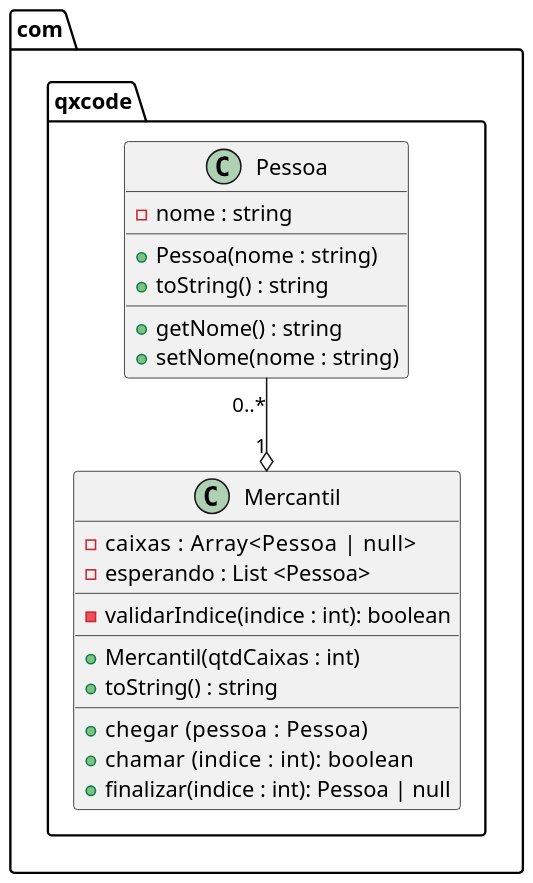
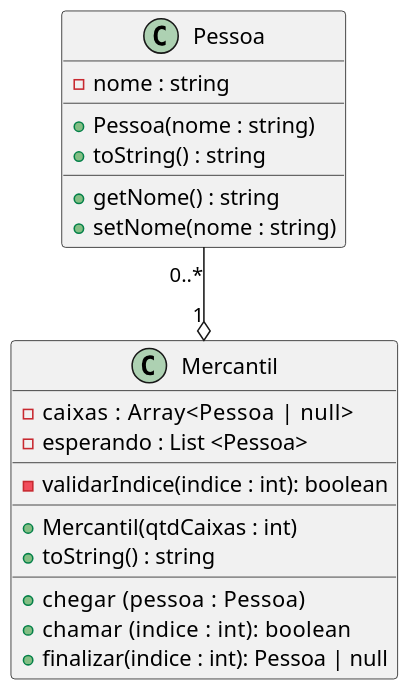
One commit to qxcodepoo/arcade changed the diagram in base/037/diagrama.puml. Above: the diagram before and after it, drawn with PlantUML. The commit also changed other lines of this file and 16 other files, not shown here.

```diff
--- a/base/037/diagrama.puml
+++ b/base/037/diagrama.puml
@@ -1,32 +2,59 @@
-@startuml diagrama
+@startuml
 
 skinparam defaultFontName Hasklig
 skinparam dpi 150
 
-package com.qxcode {
-  class Pessoa {
-    - nome : string
-    __
-    + Pessoa(nome : string)
-    + toString() : string
-    __
-    + getNome() : string
-    + setNome(nome : string)
-  }
+'==
+class Pessoa {
+  - nome : string
+  __
+  + Pessoa(nome : string)
+  + toString() : string
+  __
+  + getNome() : string
+  + setNome(nome : string)
+}
 
-  class Mercantil {
-    - caixas    : Array<Pessoa | null>
-    - esperando : List <Pessoa>
-    __
-    - validarIndice(indice : int): boolean
-    __
-    + Mercantil(qtdCaixas : int)
-    + toString() : string
-    __
-    + chegar   (pessoa : Pessoa)
-    + chamar   (indice : int): boolean
-    + finalizar(indice : int): Pessoa | null
-  }
+class Mercantil {
+  '
+  ' se estiver em java , utilize ArrayList<Pessoa>
+  ' se estiver em c++  , utilize vector<shared_ptr<Pessoa>>
+  ' se estiver em ts   , utilize Array<Pessoa|null>
+  - caixas    : Array<Pessoa | null>
+  '
+  ' se estiver em java, utilize LinkedList<Pessoa>
+  ' se estiver em c++ , utilize list<shared_ptr<Pessoa>>
+  ' se estiver em ts  , utilize Array<Pessoa>
+  - esperando : List <Pessoa>
+  __
+  '
+  ' verifica se existe essa posição no caixa
+  ' emite erro se não existir
+  - validarIndice(indice : int): boolean
+  __
+  '
+  ' inicializa os caixas com qtdCaixas posições iguais a null
+  ' inicializa esperando como uma lista vazia
+  + Mercantil(qtdCaixas : int)
+  '
+  + toString() : string
+  __
+  '
+  ' adicione um cliente na fila de espera
+  + chegar   (pessoa : Pessoa)
+  '
+  ' verifica se indive é valido
+  ' verifica se caixa[indice] está vazio
+  ' verifica se tem alguém na fila de espera
+  ' move o primeiro da fila de espera para o caixa[indice]
+  + chamar   (indice : int): boolean
+  '
+  ' verifica se indive é valido
+  ' verifica se caixa[indice] tem alguém
+  ' coloca o caixa[indice] como vazio
+  + finalizar(indice : int): Pessoa | null
 }
+'--
+
 Pessoa "0..*" --o  "1" Mercantil
 @enduml
```
